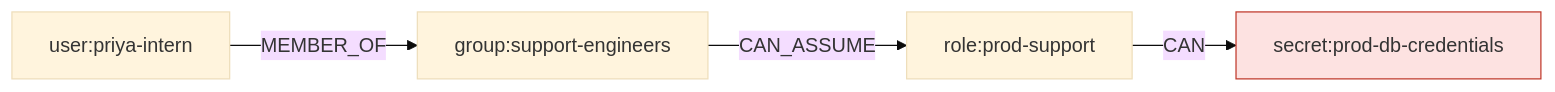
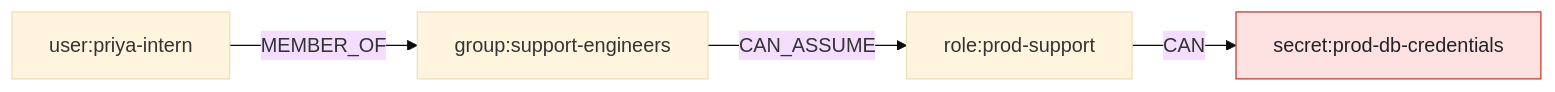
One commit to AjinkyaTaranekar/theseus changed the second of 3 diagrams in tests/unit/snapshots/render/suspicious.md. Above: the diagram before and after it, drawn with Mermaid (base theme). The commit also changed other lines of this file and 3 other files, not shown here.

````diff
--- a/tests/unit/snapshots/render/suspicious.md
+++ b/tests/unit/snapshots/render/suspicious.md
@@ -36,12 +36,12 @@
 ```mermaid
 flowchart LR
   n1["user:priya-intern"]
   n2["group:support-engineers"]
   n3["role:prod-support"]
   n4["secret:prod-db-credentials"]
   n1 -->|MEMBER_OF| n2
   n2 -->|CAN_ASSUME| n3
   n3 -->|CAN| n4
-  classDef sensitive fill:#fde2e1,stroke:#c0392b
+  classDef sensitive fill:#fde2e1,stroke:#c0392b,color:#1f2328
   class n4 sensitive
 ```
````
